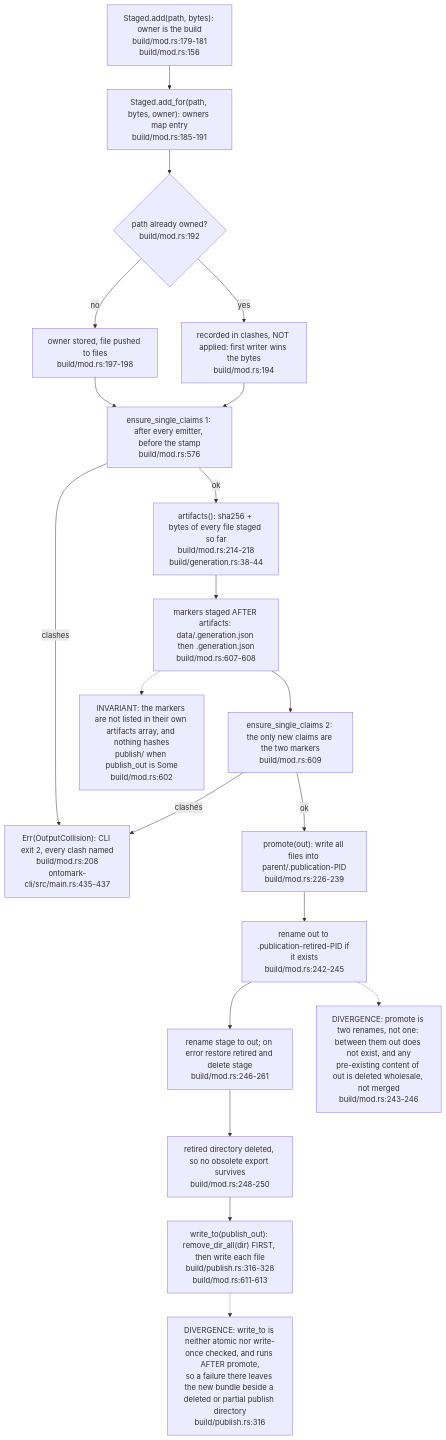
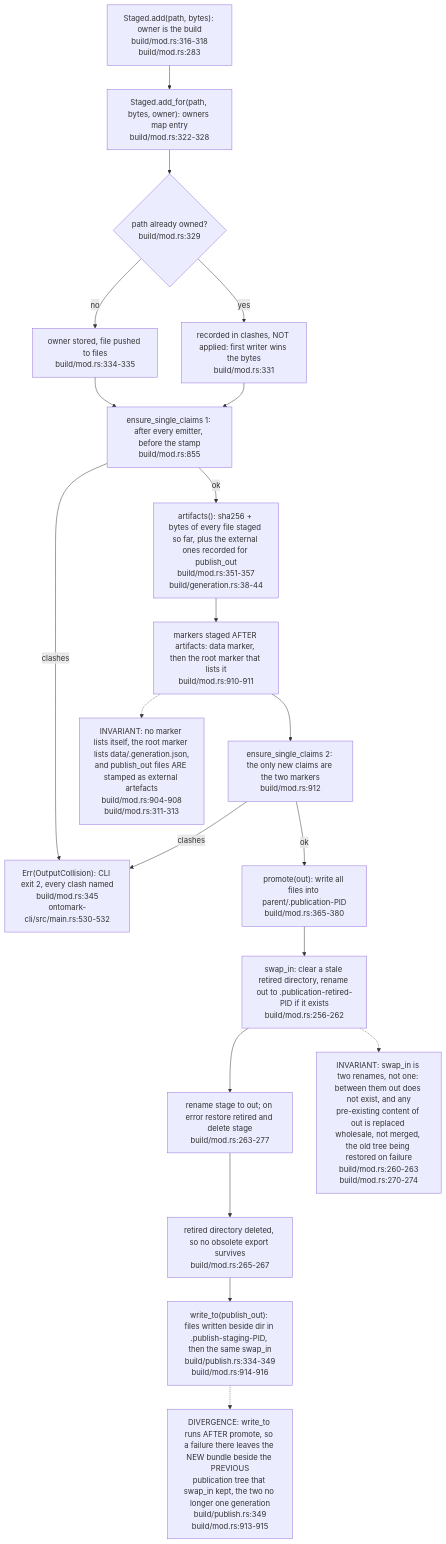
Before and after one commit to DreamLab-AI/VisionFlow: the fifth of 7 diagrams in docs/diagrams/ontomark/03-build-run-gates-staging-and-generation.md, drawn with Mermaid. The commit also changed other lines of this file and 10 other files, not shown here.

First line of the commit message:
docs(diagrams): re-stamp the ontomark corpus at ee9e04a; OM-06 machine scope and ingest contract

````diff
--- a/docs/diagrams/ontomark/03-build-run-gates-staging-and-generation.md
+++ b/docs/diagrams/ontomark/03-build-run-gates-staging-and-generation.md
@@ -167,34 +178,34 @@
 ```mermaid
 flowchart TD
-    ADD["Staged.add(path, bytes): owner is the build<br/>build/mod.rs:179-181<br/>build/mod.rs:156"]
-    ADDFOR["Staged.add_for(path, bytes, owner): owners map entry<br/>build/mod.rs:185-191"]
-    OCC{"path already owned?<br/>build/mod.rs:192"}
-    CLASH["recorded in clashes, NOT applied: first writer wins the bytes<br/>build/mod.rs:194"]
-    SLOT["owner stored, file pushed to files<br/>build/mod.rs:197-198"]
-    CHK1["ensure_single_claims 1: after every emitter, before the stamp<br/>build/mod.rs:576"]
-    ART["artifacts(): sha256 + bytes of every file staged so far<br/>build/mod.rs:214-218<br/>build/generation.rs:38-44"]
-    MARK["markers staged AFTER artifacts: data/.generation.json then .generation.json<br/>build/mod.rs:607-608"]
-    CHK2["ensure_single_claims 2: the only new claims are the two markers<br/>build/mod.rs:609"]
-    ERRC["Err(OutputCollision): CLI exit 2, every clash named<br/>build/mod.rs:208<br/>ontomark-cli/src/main.rs:435-437"]
-    PRO["promote(out): write all files into parent/.publication-PID<br/>build/mod.rs:226-239"]
-    RET["rename out to .publication-retired-PID if it exists<br/>build/mod.rs:242-245"]
-    SWAP["rename stage to out; on error restore retired and delete stage<br/>build/mod.rs:246-261"]
-    DEL["retired directory deleted, so no obsolete export survives<br/>build/mod.rs:248-250"]
-    WT["write_to(publish_out): remove_dir_all(dir) FIRST, then write each file<br/>build/publish.rs:316-328<br/>build/mod.rs:611-613"]
-    N1["DIVERGENCE: promote is two renames, not one: between them out does not exist, and any<br/>pre-existing content of out is deleted wholesale, not merged<br/>build/mod.rs:243-246"]
-    N2["DIVERGENCE: write_to is neither atomic nor write-once checked, and runs AFTER promote,<br/>so a failure there leaves the new bundle beside a deleted or partial publish directory<br/>build/publish.rs:316"]
-    N3["INVARIANT: the markers are not listed in their own artifacts array, and nothing hashes<br/>publish/ when publish_out is Some<br/>build/mod.rs:602"]
+    ADD["Staged.add(path, bytes): owner is the build<br/>build/mod.rs:316-318<br/>build/mod.rs:283"]
+    ADDFOR["Staged.add_for(path, bytes, owner): owners map entry<br/>build/mod.rs:322-328"]
+    OCC{"path already owned?<br/>build/mod.rs:329"}
+    CLASH["recorded in clashes, NOT applied: first writer wins the bytes<br/>build/mod.rs:331"]
+    SLOT["owner stored, file pushed to files<br/>build/mod.rs:334-335"]
+    CHK1["ensure_single_claims 1: after every emitter, before the stamp<br/>build/mod.rs:855"]
+    ART["artifacts(): sha256 + bytes of every file staged so far, plus the external ones recorded for publish_out<br/>build/mod.rs:351-357<br/>build/generation.rs:38-44"]
+    MARK["markers staged AFTER artifacts: data marker, then the root marker that lists it<br/>build/mod.rs:910-911"]
+    CHK2["ensure_single_claims 2: the only new claims are the two markers<br/>build/mod.rs:912"]
+    ERRC["Err(OutputCollision): CLI exit 2, every clash named<br/>build/mod.rs:345<br/>ontomark-cli/src/main.rs:530-532"]
+    PRO["promote(out): write all files into parent/.publication-PID<br/>build/mod.rs:365-380"]
+    RET["swap_in: clear a stale retired directory, rename out to .publication-retired-PID if it exists<br/>build/mod.rs:256-262"]
+    SWAP["rename stage to out; on error restore retired and delete stage<br/>build/mod.rs:263-277"]
+    DEL["retired directory deleted, so no obsolete export survives<br/>build/mod.rs:265-267"]
+    WT["write_to(publish_out): files written beside dir in .publish-staging-PID, then the same swap_in<br/>build/publish.rs:334-349<br/>build/mod.rs:914-916"]
+    N1["INVARIANT: swap_in is two renames, not one: between them out does not exist, and any<br/>pre-existing content of out is replaced wholesale, not merged, the old tree being restored on failure<br/>build/mod.rs:260-263<br/>build/mod.rs:270-274"]
+    N2["DIVERGENCE: write_to runs AFTER promote, so a failure there leaves the NEW bundle beside the PREVIOUS<br/>publication tree that swap_in kept, the two no longer one generation<br/>build/publish.rs:349<br/>build/mod.rs:913-915"]
+    N3["INVARIANT: no marker lists itself, the root marker lists data/.generation.json,<br/>and publish_out files ARE stamped as external artefacts<br/>build/mod.rs:904-908<br/>build/mod.rs:311-313"]
     ADD --> ADDFOR --> OCC
     OCC -- yes --> CLASH
     OCC -- no --> SLOT
     SLOT --> CHK1
     CLASH --> CHK1
     CHK1 -- clashes --> ERRC
     CHK1 -- ok --> ART --> MARK --> CHK2
     CHK2 -- clashes --> ERRC
     CHK2 -- ok --> PRO --> RET --> SWAP --> DEL
     DEL --> WT
     RET -.-> N1
     WT -.-> N2
     MARK -.-> N3
 ```
````
